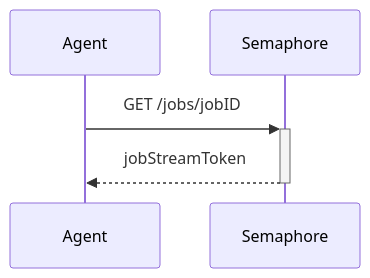
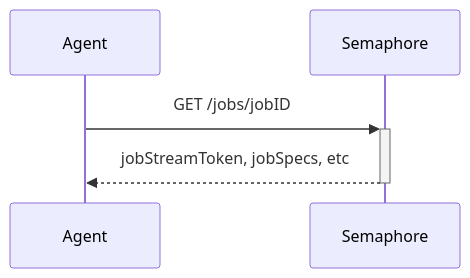
The fourth of 6 diagrams in docs/docs/using-semaphore/self-hosted.md (semaphoreci/semaphore), drawn with Mermaid before and after one commit. The commit also changed other lines of this file and 2 other files, not shown here.

Commit message:
Make corrections on self-hosted agent docs

````diff
--- a/docs/docs/using-semaphore/self-hosted.md
+++ b/docs/docs/using-semaphore/self-hosted.md
@@ -86,5 +86,5 @@
 ```mermaid
 sequenceDiagram
     Agent->>+Semaphore: GET /jobs/jobID
-    Semaphore-->>-Agent: jobStreamToken
+    Semaphore-->>-Agent: jobStreamToken, jobSpecs, etc
 ```
````
